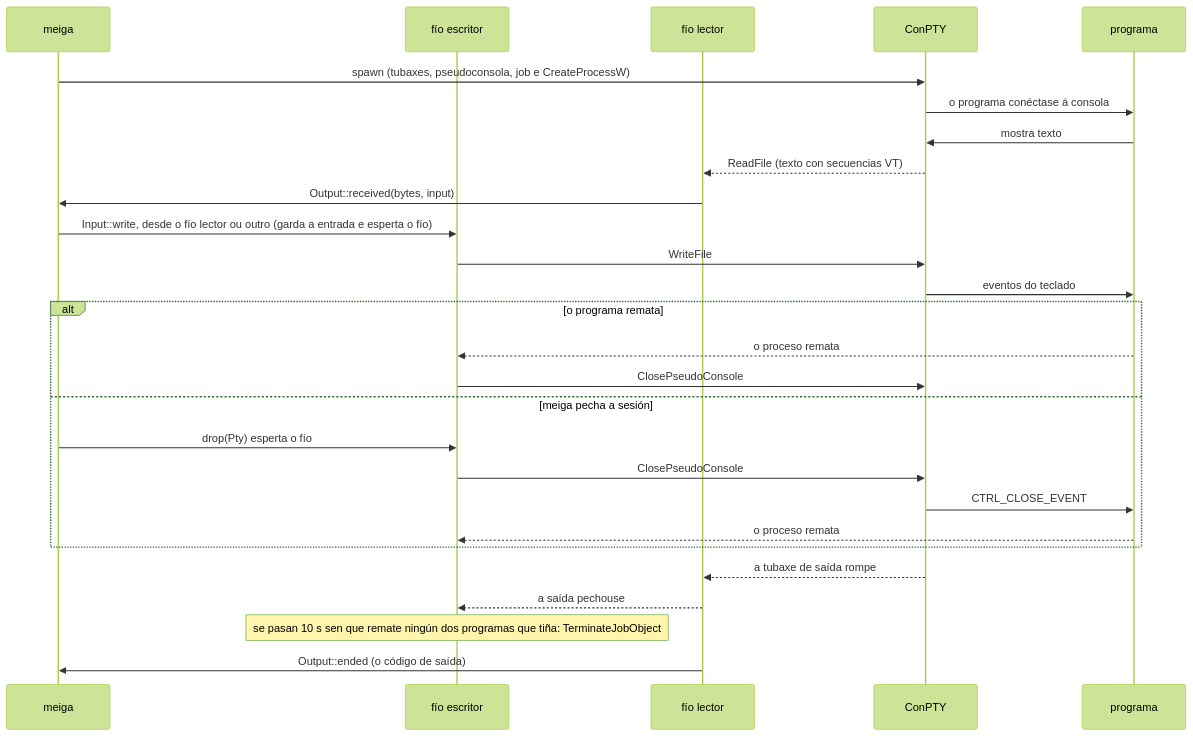
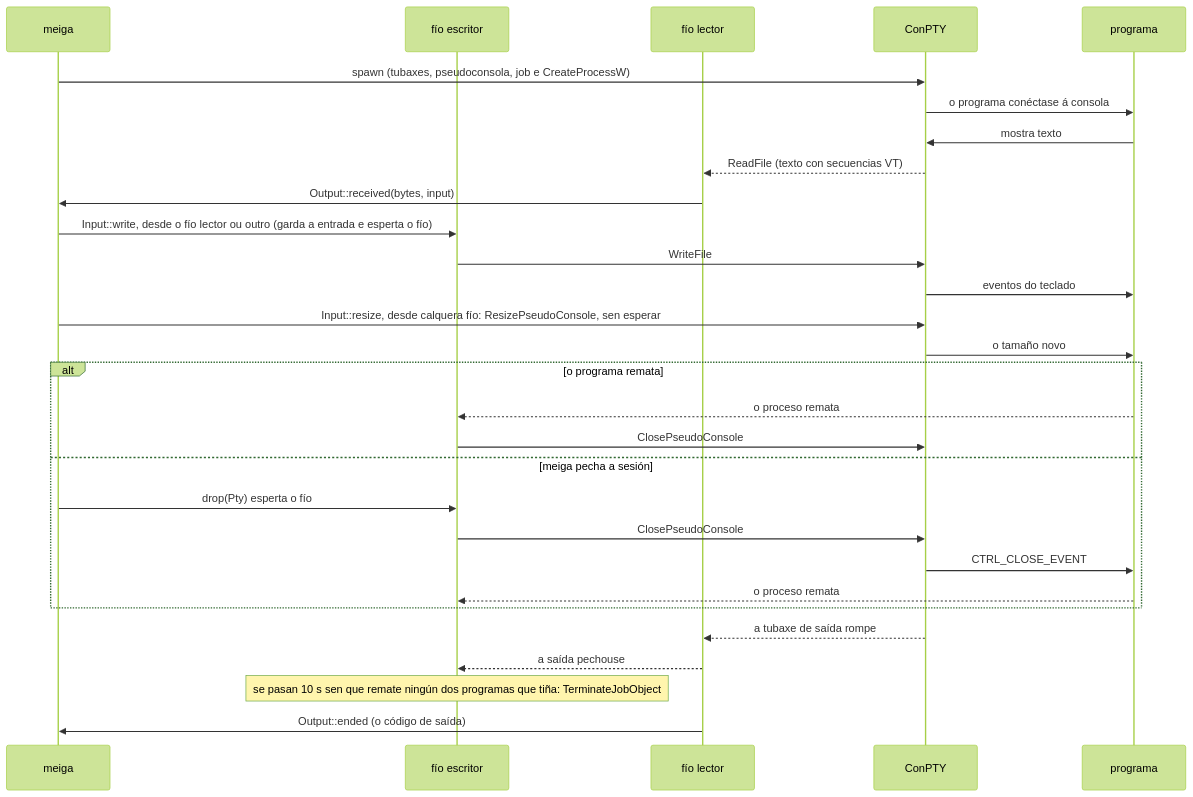
One commit to NewHouses/meiga changed the fourth of 4 diagrams in docs/codigo/meiga-win.md. Above: the diagram before and after it, drawn with Mermaid (forest theme). The commit also changed other lines of this file and 37 other files, not shown here.

````diff
--- a/docs/codigo/meiga-win.md
+++ b/docs/codigo/meiga-win.md
@@ -2054,29 +2190,31 @@
 ```mermaid
 sequenceDiagram
     participant M as meiga
     participant W as fío escritor
     participant R as fío lector
     participant C as ConPTY
     participant P as programa
     M->>C: spawn (tubaxes, pseudoconsola, job e CreateProcessW)
     C->>P: o programa conéctase á consola
     P->>C: mostra texto
     C-->>R: ReadFile (texto con secuencias VT)
     R->>M: Output::received(bytes, input)
     M->>W: Input::write, desde o fío lector ou outro (garda a entrada e esperta o fío)
     W->>C: WriteFile
     C->>P: eventos do teclado
+    M->>C: Input::resize, desde calquera fío: ResizePseudoConsole, sen esperar
+    C->>P: o tamaño novo
     alt o programa remata
         P-->>W: o proceso remata
         W->>C: ClosePseudoConsole
     else meiga pecha a sesión
         M->>W: drop(Pty) esperta o fío
         W->>C: ClosePseudoConsole
         C->>P: CTRL_CLOSE_EVENT
         P-->>W: o proceso remata
     end
     C-->>R: a tubaxe de saída rompe
     R-->>W: a saída pechouse
     Note over W: se pasan 10 s sen que remate ningún dos programas que tiña: TerminateJobObject
     R->>M: Output::ended (o código de saída)
 ```
````
